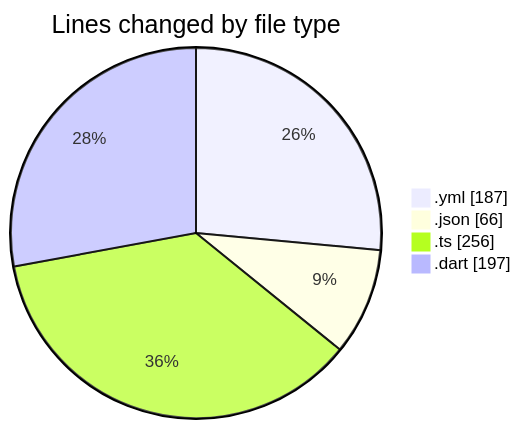
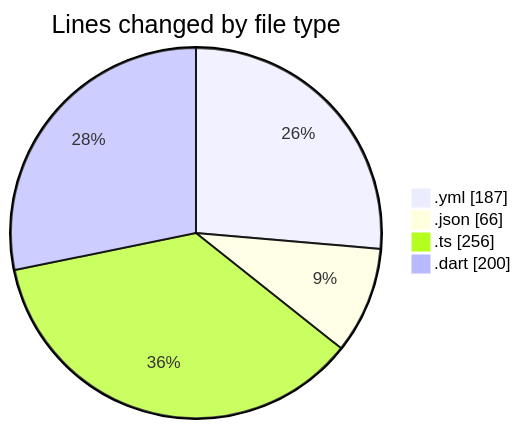
Before and after one commit to donsfak/code-tracking: the first of 2 diagrams in 2025-02-10/maps_clone/README.md, drawn with Mermaid. The commit also changed other lines of this file and 1 other file, not shown here.

````diff
--- a/2025-02-10/maps_clone/README.md
+++ b/2025-02-10/maps_clone/README.md
@@ -27,8 +27,8 @@
 ```mermaid
 pie showData
 title Lines changed by file type
 ".yml" : 187
 ".json" : 66
 ".ts" : 256
-".dart" : 197
+".dart" : 200
 ```
````
